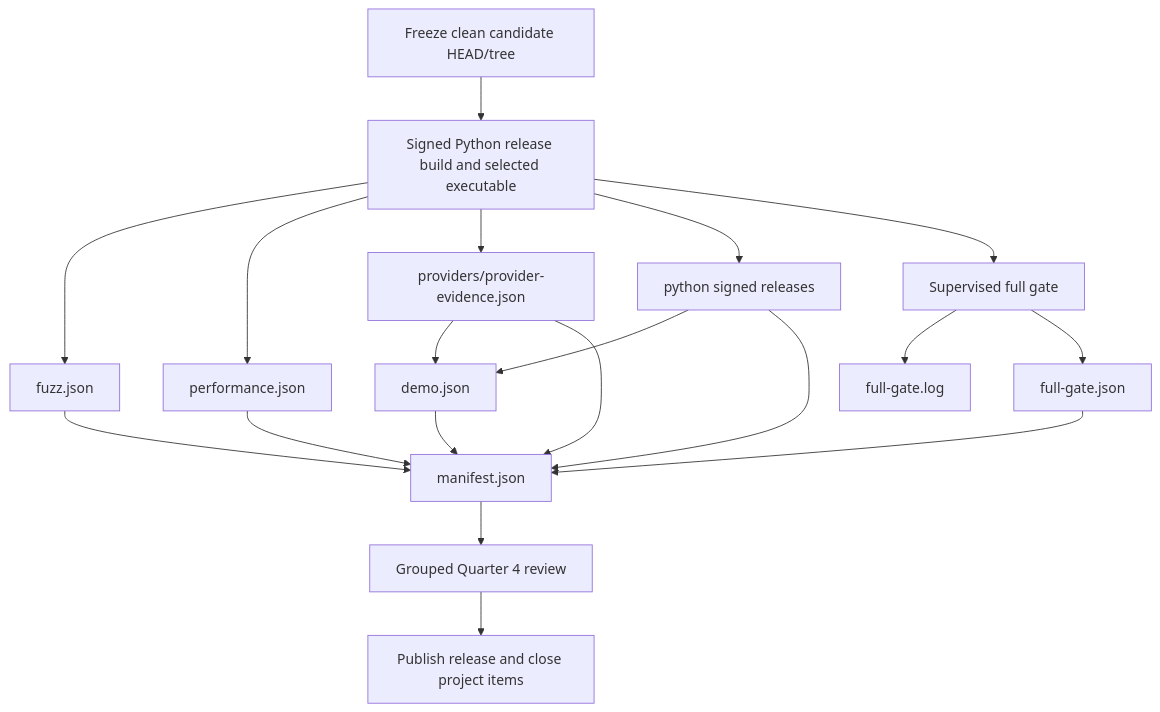
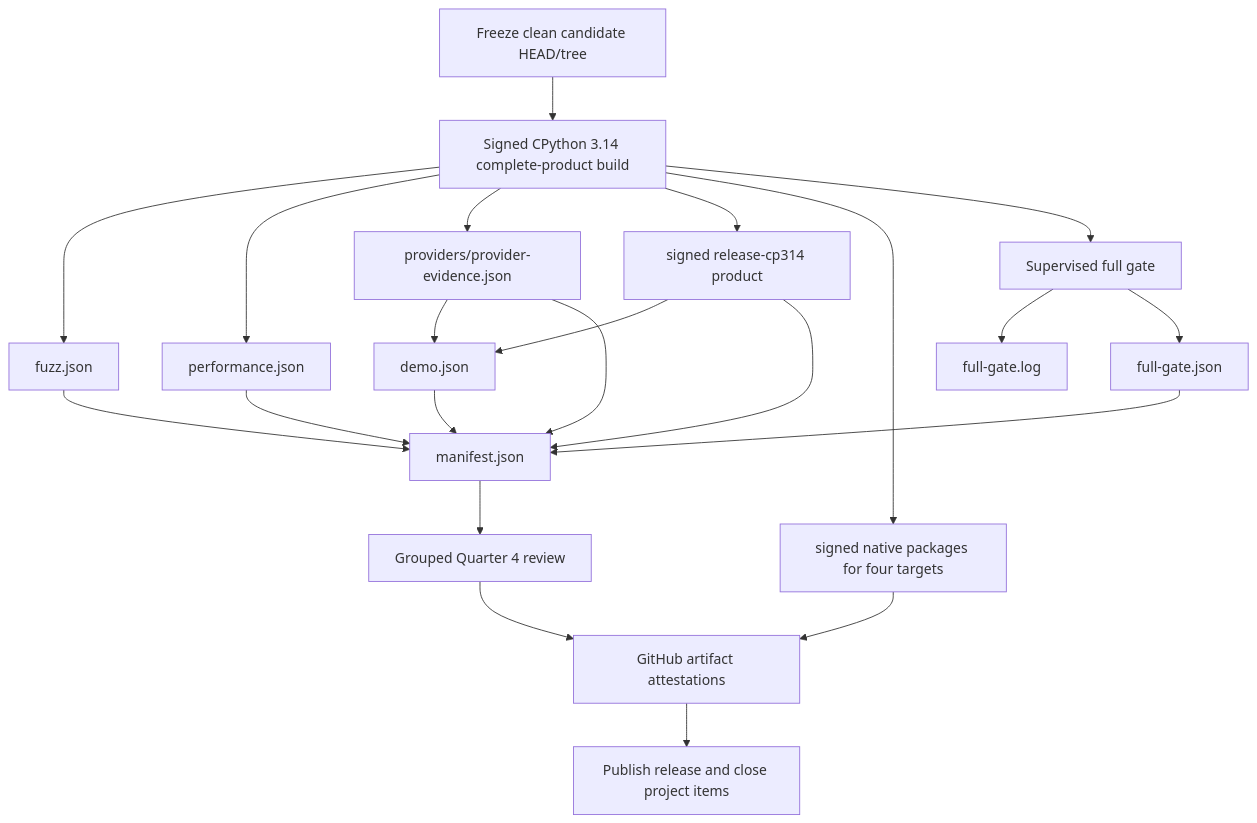
One commit to Sawmonabo/market-squawk changed the diagram in docs/verification/usable-release-gate.md. Above: the diagram before and after it, drawn with Mermaid. The commit also changed other lines of this file and 10 other files, not shown here.

Commit message:
ci(release): publish verified native installation assets

````diff
--- a/docs/verification/usable-release-gate.md
+++ b/docs/verification/usable-release-gate.md
@@ -53,35 +59,40 @@
 ```mermaid
 flowchart TD
     Freeze["Freeze clean candidate HEAD/tree"]
-    Build["Signed Python release build and selected executable"]
+    Build["Signed CPython 3.14 complete-product build"]
     Fuzz["fuzz.json"]
     Perf["performance.json"]
     Providers["providers/provider-evidence.json"]
-    Python["python signed releases"]
+    Python["signed release-cp314 product"]
+    Native["signed native packages for four targets"]
+    Attest["GitHub artifact attestations"]
     Demo["demo.json"]
     Gate["Supervised full gate"]
     GateLog["full-gate.log"]
     GateReceipt["full-gate.json"]
     Close["manifest.json"]
     Review["Grouped Quarter 4 review"]
     Publish["Publish release and close project items"]
 
     Freeze --> Build
     Build --> Fuzz
     Build --> Perf
     Build --> Providers
     Build --> Python
+    Build --> Native
     Providers --> Demo
     Python --> Demo
     Build --> Gate
     Gate --> GateLog
     Gate --> GateReceipt
     Fuzz --> Close
     Perf --> Close
     Providers --> Close
     Python --> Close
     Demo --> Close
     GateReceipt --> Close
     Close --> Review
-    Review --> Publish
+    Native --> Attest
+    Review --> Attest
+    Attest --> Publish
 ```
````
